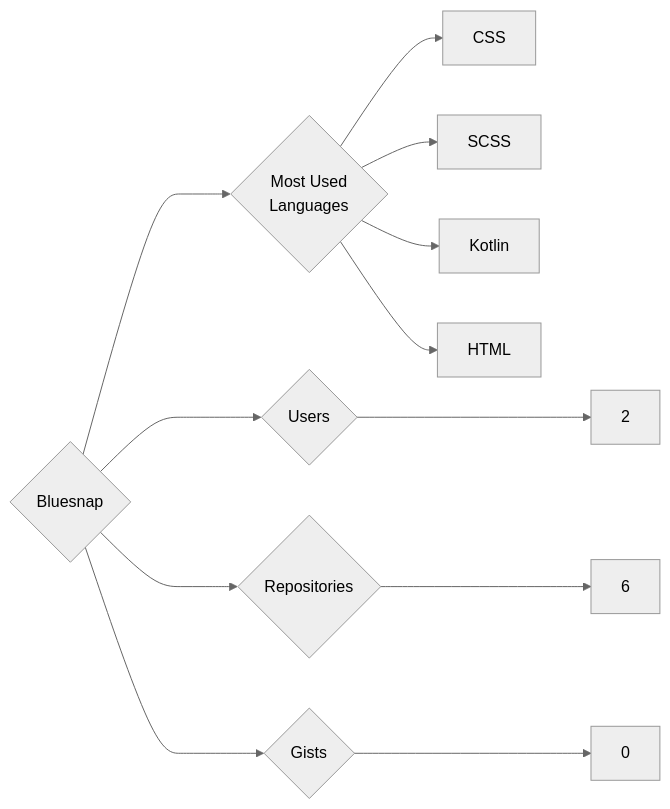
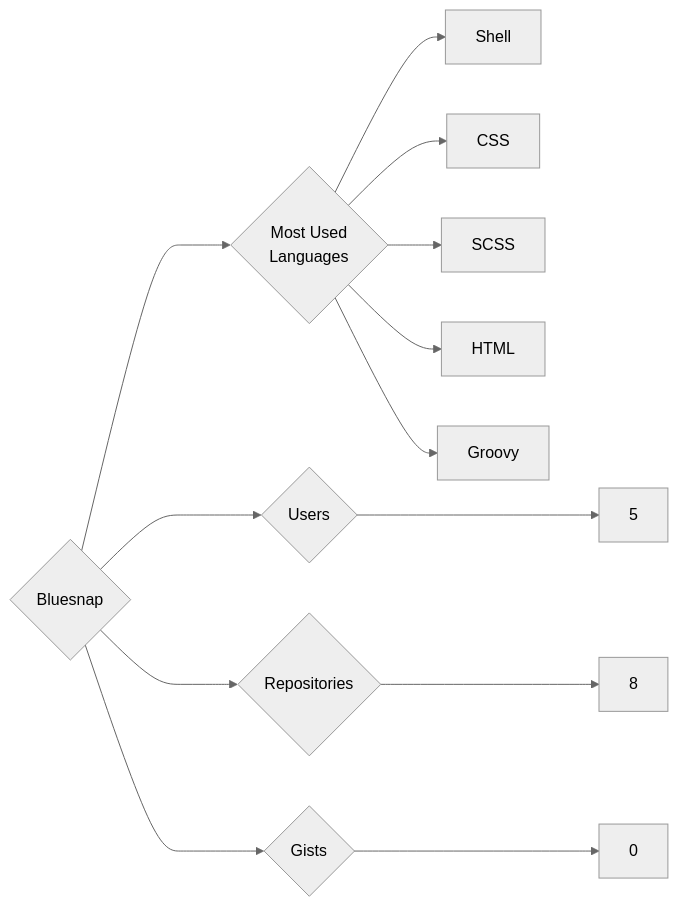
One commit to trickest/insiders changed the diagram in targets/Bluesnap/README.md. Above: the diagram before and after it, drawn with Mermaid (neutral theme). The commit also changed 900 other files, not shown here.

````diff
--- a/targets/Bluesnap/README.md
+++ b/targets/Bluesnap/README.md
@@ -3,12 +3,13 @@
 ```mermaid
 graph LR
 COMPANY_NAME{Bluesnap}
-COMPANY_NAME ---> U{Users} ---> UN[2]
-COMPANY_NAME ---> R{Repositories} ---> RN[6]
+COMPANY_NAME ---> U{Users} ---> UN[5]
+COMPANY_NAME ---> R{Repositories} ---> RN[8]
 COMPANY_NAME ---> G{Gists} ---> GN[0]
 COMPANY_NAME ---> ML{Most Used<br>Languages}
+ML --> Shell[Shell]
 ML --> CSS[CSS]
 ML --> SCSS[SCSS]
-ML --> Kotlin[Kotlin]
 ML --> HTML[HTML]
+ML --> Groovy[Groovy]
 ```
````
